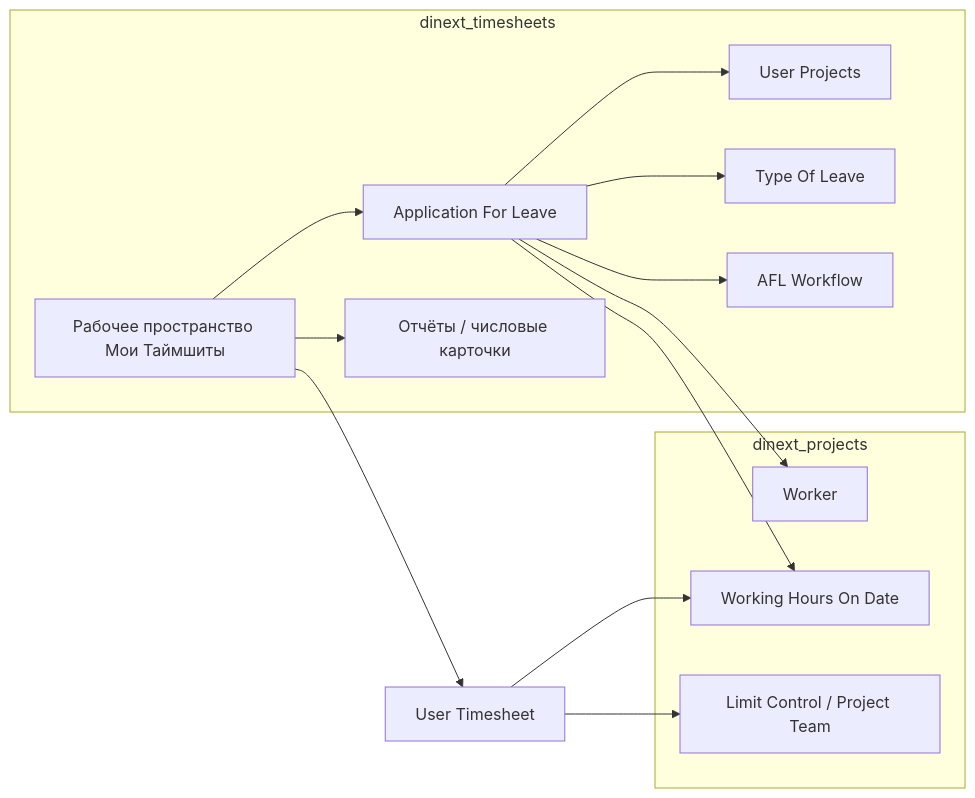
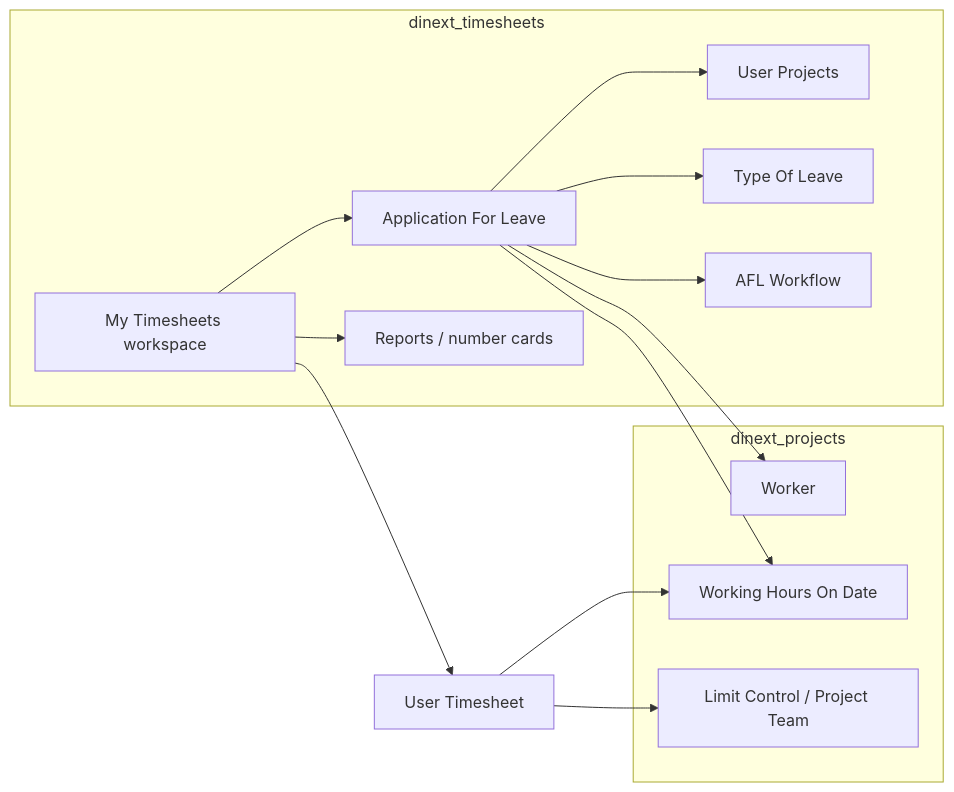
The second of 2 diagrams in README.md (Dinext-pro/dinext-timesheets), drawn with Mermaid before and after one commit. The commit also changed other lines of this file and 1 other file, not shown here.

````diff
--- a/README.md
+++ b/README.md
@@ -246,26 +239,26 @@
 ```mermaid
 flowchart LR
     subgraph timesheets [dinext_timesheets]
       AFL[Application For Leave]
       UP[User Projects]
       TOL[Type Of Leave]
       WF[AFL Workflow]
-      WS[Рабочее пространство Мои Таймшиты]
-      REP[Отчёты / числовые карточки]
+      WS[My Timesheets workspace]
+      REP[Reports / number cards]
     end
     subgraph projects [dinext_projects]
       W[Worker]
       WHO[Working Hours On Date]
       LC[Limit Control / Project Team]
     end
     AFL --> UP
     AFL --> TOL
     AFL --> WF
     AFL --> W
     AFL --> WHO
     UT[User Timesheet] --> WHO
     UT --> LC
     WS --> REP
     WS --> AFL
     WS --> UT
 ```
````
